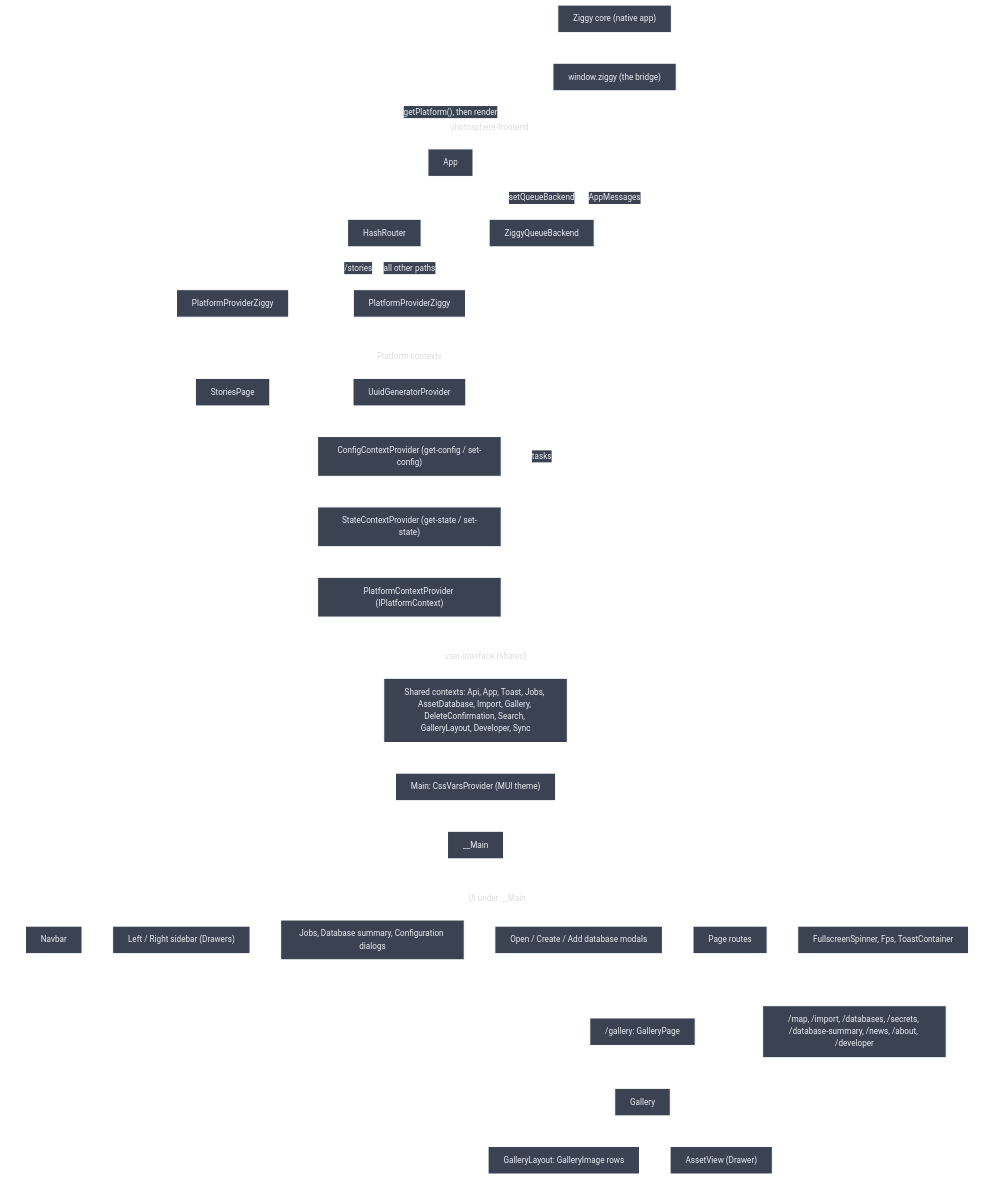
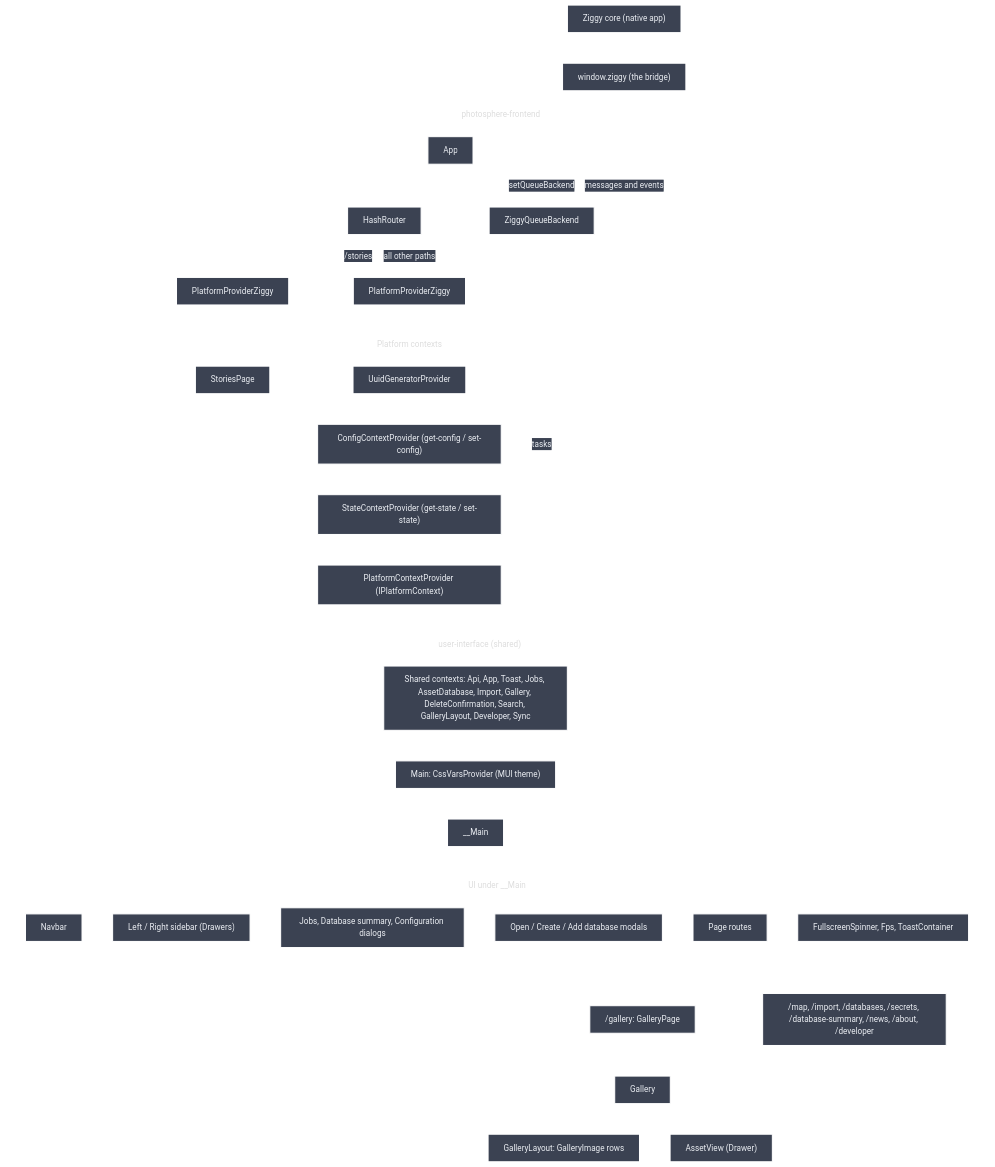
The second of 2 diagrams in docs/frontend.md (ashleydavis/photosphere), drawn with Mermaid before and after one commit. The commit also changed 7 other files, not shown here.

First line of the commit message:
Removed AppMessages so the frontend talks to the Ziggy bridge directly

```diff
--- a/docs/frontend.md
+++ b/docs/frontend.md
@@ -42,13 +42,13 @@
         queue["ZiggyQueueBackend"]
     end
 
-    bridge -->|"getPlatform(), then render"| app
+    bridge --> app
     app --> router
     app -->|"setQueueBackend"| queue
     queue <--> bridge
     router -->|"/stories"| ppzStories["PlatformProviderZiggy"] --> stories["StoriesPage"]
     router -->|"all other paths"| ppz
-    ppz <-->|"AppMessages"| bridge
+    ppz <-->|"messages and events"| bridge
 
     subgraph platformCtx["Platform contexts"]
         uuid["UuidGeneratorProvider"]
```
